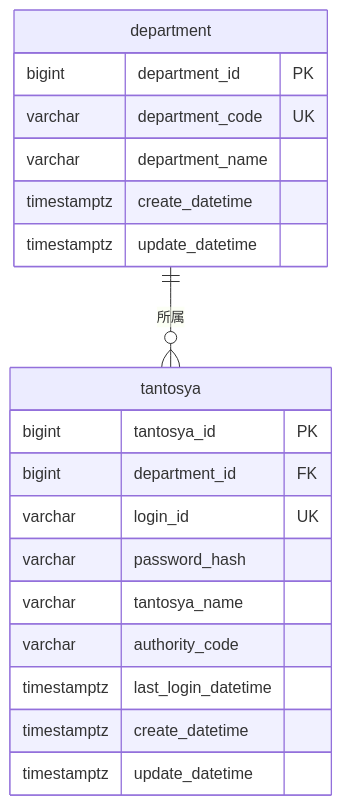
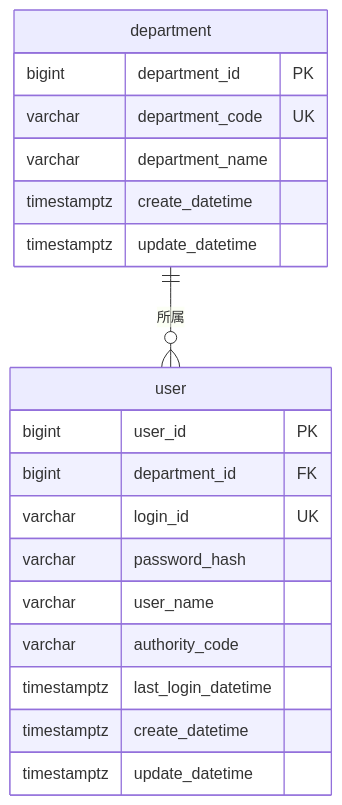
One commit to hirokikw/mira changed the diagram in app/docs/database-design/README.md. Above: the diagram before and after it, drawn with Mermaid. The commit also changed other lines of this file and 2 other files, not shown here.

````diff
--- a/app/docs/database-design/README.md
+++ b/app/docs/database-design/README.md
@@ -28,24 +28,24 @@
 ```mermaid
 erDiagram
-    department ||--o{ tantosya : "所属"
+    department ||--o{ user : "所属"
 
     department {
         bigint department_id PK
         varchar department_code UK
         varchar department_name
         timestamptz create_datetime
         timestamptz update_datetime
     }
 
-    tantosya {
-        bigint tantosya_id PK
+    user {
+        bigint user_id PK
         bigint department_id FK
         varchar login_id UK
         varchar password_hash
-        varchar tantosya_name
+        varchar user_name
         varchar authority_code
         timestamptz last_login_datetime
         timestamptz create_datetime
         timestamptz update_datetime
     }
 ```
````
